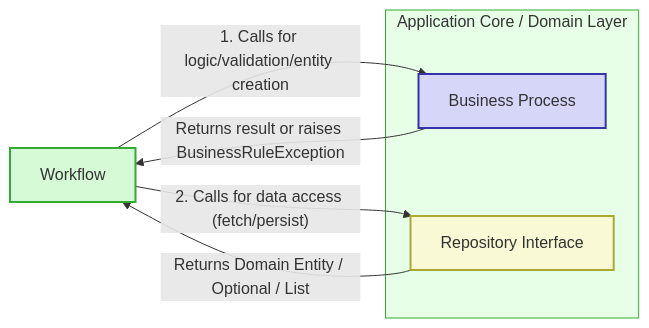
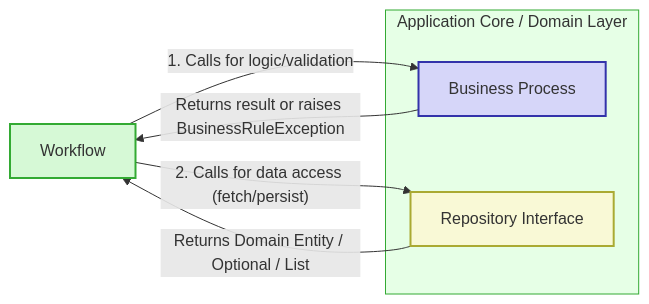
Before and after one commit to bluedevilx/ai-driven-development: the second of 4 diagrams in architecture-guide.md, drawn with Mermaid.

````diff
--- a/architecture-guide.md
+++ b/architecture-guide.md
@@ -183,24 +183,24 @@
 ```mermaid
 flowchart LR
     WF[Workflow]
     
     subgraph DomainLayer["Application Core / Domain Layer"]
         BP[Business Process]
         RI[Repository Interface]
     end
     
-    WF -->|"1. Calls for logic/validation/entity creation"| BP
+    WF -->|"1. Calls for logic/validation"| BP
     WF -->|"2. Calls for data access (fetch/persist)"| RI
     BP -->|"Returns result or raises BusinessRuleException"| WF
     RI -->|"Returns Domain Entity / Optional / List"| WF
     
     classDef workflow fill:#d6f9d6,stroke:#3a3,stroke-width:2px
     classDef bp fill:#d6d6f9,stroke:#33a,stroke-width:2px
     classDef repo fill:#f9f9d6,stroke:#aa3,stroke-width:2px
     classDef domain fill:#e6ffe6,stroke:#3a3,stroke-width:1px
     
     class WF workflow
     class BP bp
     class RI repo
     class DomainLayer domain
 ```
````
